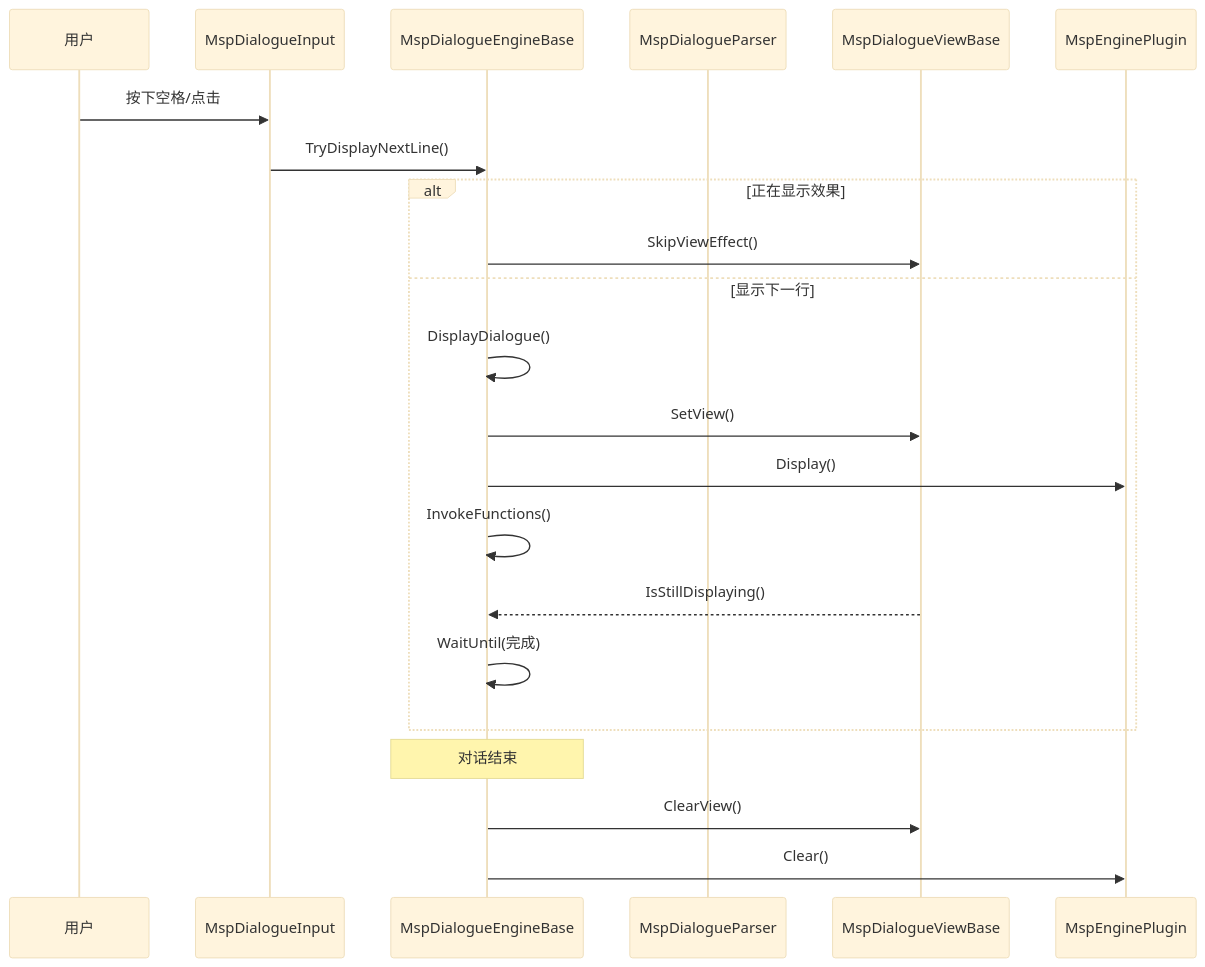
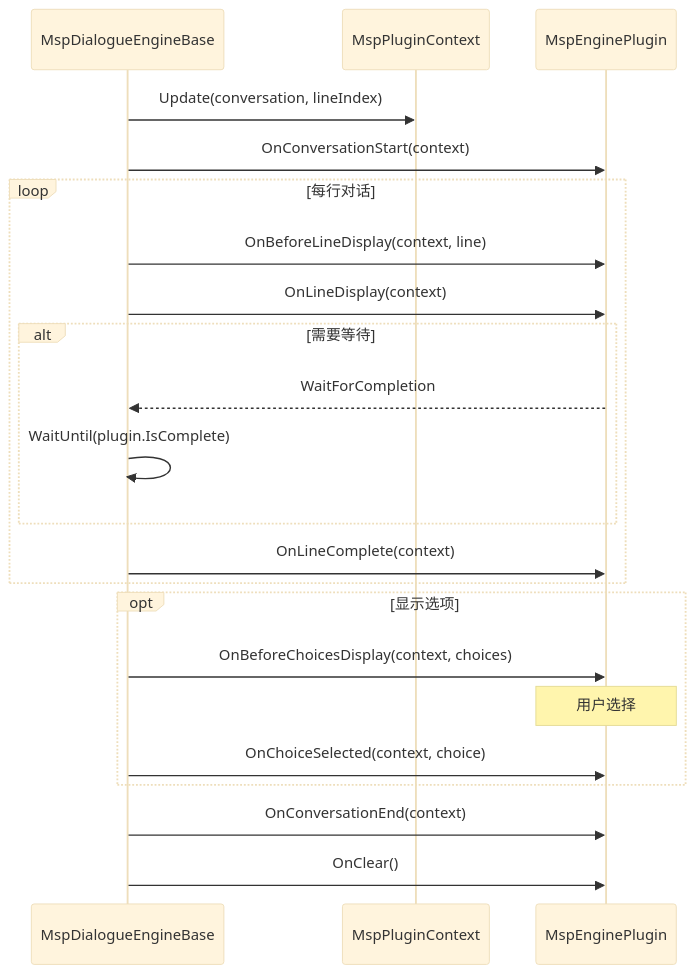
Before and after one commit to Furry-Monster/MSpeaker: the fourth of 5 diagrams in Structure-Mermaid.md, drawn with Mermaid (base theme). The commit also changed other lines of this file and 30 other files, not shown here.

Commit message:
feat: introduce interfaces for dialogue engine, view, and plugin management, enhancing modularity and extensibility of the dialogue system

````diff
--- a/Structure-Mermaid.md
+++ b/Structure-Mermaid.md
@@ -165,27 +206,28 @@
 ```mermaid
 sequenceDiagram
-    participant User as 用户
-    participant Input as MspDialogueInput
     participant Engine as MspDialogueEngineBase
-    participant Parser as MspDialogueParser
-    participant View as MspDialogueViewBase
+    participant Context as MspPluginContext
     participant Plugin as MspEnginePlugin
 
-    User->>Input: 按下空格/点击
-    Input->>Engine: TryDisplayNextLine()
-    
-    alt 正在显示效果
-        Engine->>View: SkipViewEffect()
-    else 显示下一行
-        Engine->>Engine: DisplayDialogue()
-        Engine->>View: SetView()
-        Engine->>Plugin: Display()
-        Engine->>Engine: InvokeFunctions()
-        View-->>Engine: IsStillDisplaying()
-        Engine->>Engine: WaitUntil(完成)
+    Engine->>Context: Update(conversation, lineIndex)
+    Engine->>Plugin: OnConversationStart(context)
+
+    loop 每行对话
+        Engine->>Plugin: OnBeforeLineDisplay(context, line)
+        Engine->>Plugin: OnLineDisplay(context)
+        alt 需要等待
+            Plugin-->>Engine: WaitForCompletion
+            Engine->>Engine: WaitUntil(plugin.IsComplete)
+        end
+        Engine->>Plugin: OnLineComplete(context)
     end
 
-    Note over Engine: 对话结束
-    Engine->>View: ClearView()
-    Engine->>Plugin: Clear()
+    opt 显示选项
+        Engine->>Plugin: OnBeforeChoicesDisplay(context, choices)
+        Note over Plugin: 用户选择
+        Engine->>Plugin: OnChoiceSelected(context, choice)
+    end
+
+    Engine->>Plugin: OnConversationEnd(context)
+    Engine->>Plugin: OnClear()
 ```
````
